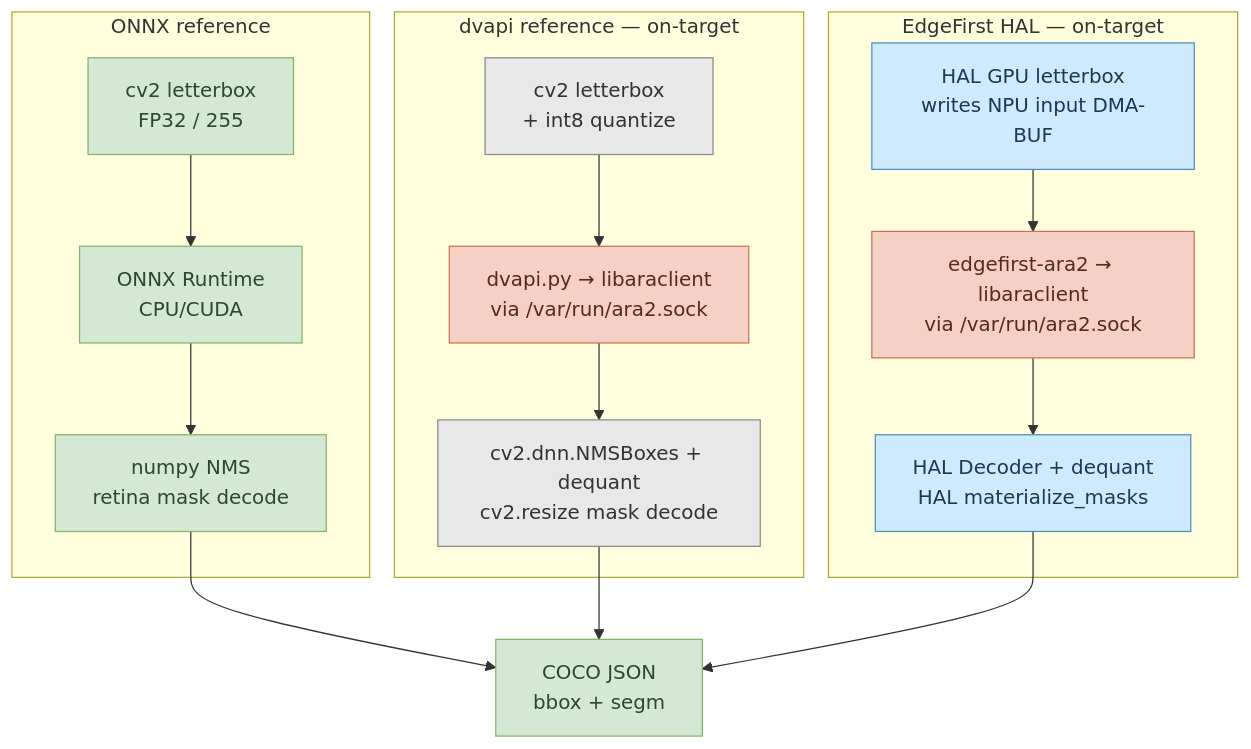
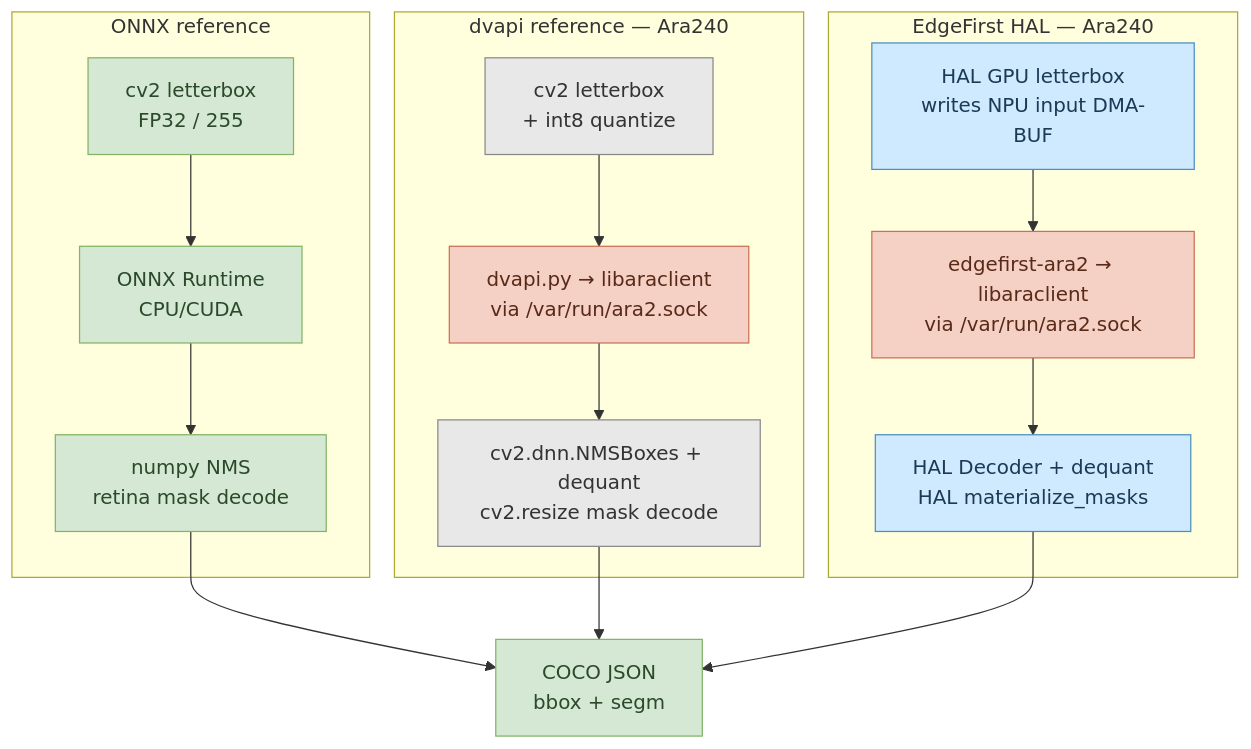
One commit to EdgeFirstAI/ara2-validator changed the diagram in README.md. Above: the diagram before and after it, drawn with Mermaid. The commit also changed other lines of this file, not shown here.

````diff
--- a/README.md
+++ b/README.md
@@ -500,29 +228,29 @@
 ```mermaid
 flowchart TD
     classDef cpu fill:#e8e8e8,stroke:#888,color:#333
     classDef gpu fill:#cfe9ff,stroke:#4a8fbf,color:#1a3a55
     classDef npu fill:#f5d0c5,stroke:#c97155,color:#5a2a18
     classDef host fill:#d5e8d4,stroke:#82b366,color:#2a4a2a
 
     subgraph host_path[ONNX reference]
         H1[cv2 letterbox<br/>FP32 / 255]:::host
         H2[ONNX Runtime<br/>CPU/CUDA]:::host
         H3[numpy NMS<br/>retina mask decode]:::host
     end
 
-    subgraph dvapi_path[dvapi reference — on-target]
+    subgraph dvapi_path[dvapi reference — Ara240]
         D1[cv2 letterbox<br/>+ int8 quantize]:::cpu
         D2[dvapi.py → libaraclient<br/>via /var/run/ara2.sock]:::npu
         D3[cv2.dnn.NMSBoxes + dequant<br/>cv2.resize mask decode]:::cpu
     end
 
-    subgraph hal_path[EdgeFirst HAL — on-target]
+    subgraph hal_path[EdgeFirst HAL — Ara240]
         E1[HAL GPU letterbox<br/>writes NPU input DMA-BUF]:::gpu
         E2[edgefirst-ara2 → libaraclient<br/>via /var/run/ara2.sock]:::npu
         E3[HAL Decoder + dequant<br/>HAL materialize_masks]:::gpu
     end
 
     H1 --> H2 --> H3 --> COCO[COCO JSON<br/>bbox + segm]:::host
     D1 --> D2 --> D3 --> COCO
     E1 --> E2 --> E3 --> COCO
 ```
````
